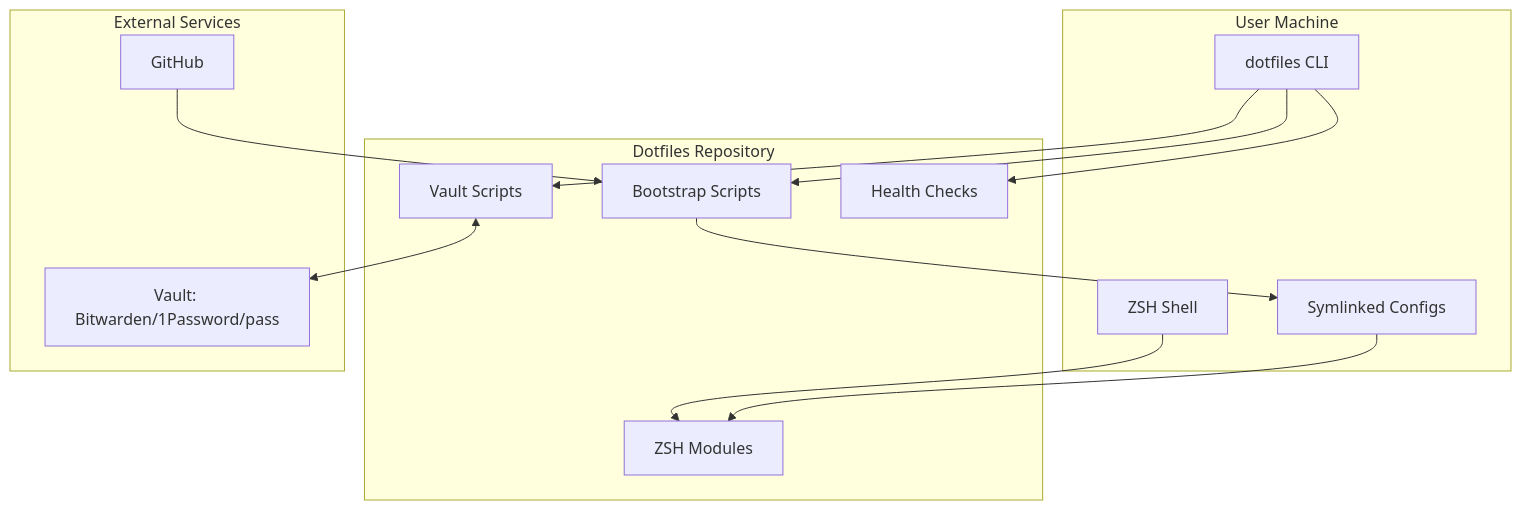
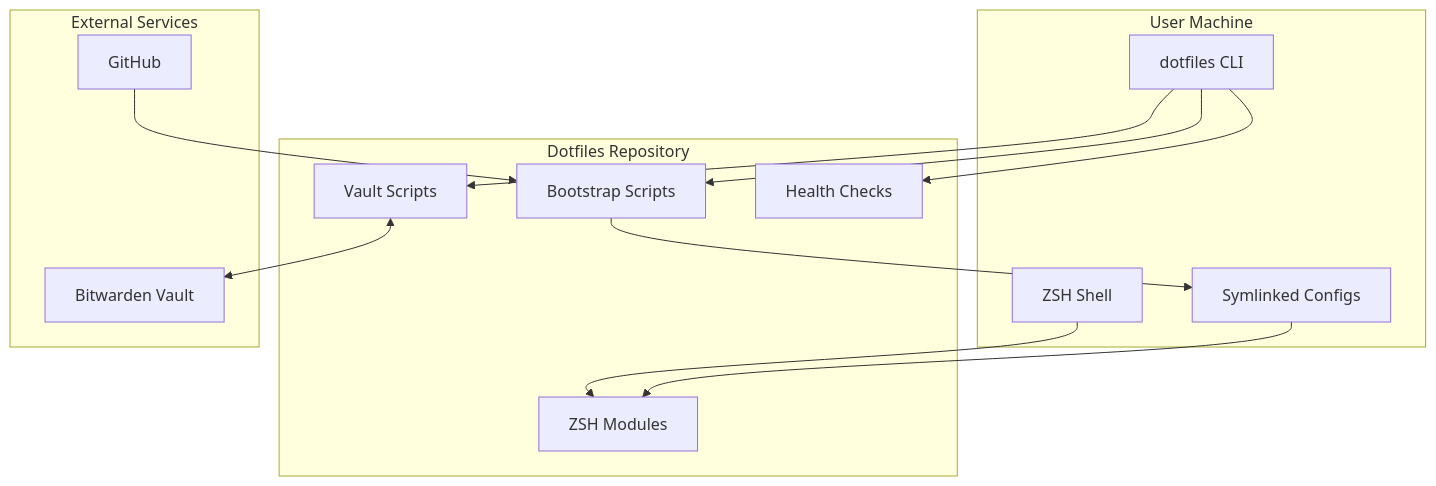
One commit to blackwell-systems/blackdot changed the first of 8 diagrams in docs/architecture.md. Above: the diagram before and after it, drawn with Mermaid. The commit also changed other lines of this file and 17 other files, not shown here.

````diff
--- a/docs/architecture.md
+++ b/docs/architecture.md
@@ -7,30 +7,30 @@
 ```mermaid
 graph TB
     subgraph "User Machine"
         CLI[dotfiles CLI]
         ZSH[ZSH Shell]
         SYMLINKS[Symlinked Configs]
     end
 
     subgraph "Dotfiles Repository"
         BOOTSTRAP[Bootstrap Scripts]
         VAULT[Vault Scripts]
         DOCTOR[Health Checks]
         ZSHD[ZSH Modules]
     end
 
     subgraph "External Services"
-        BW[Vault: Bitwarden/1Password/pass]
+        BW[Bitwarden Vault]
         GH[GitHub]
     end
 
     CLI --> DOCTOR
     CLI --> VAULT
     CLI --> BOOTSTRAP
     ZSH --> ZSHD
     SYMLINKS --> ZSHD
 
     VAULT <--> BW
     BOOTSTRAP --> SYMLINKS
     GH --> BOOTSTRAP
 ```
````
